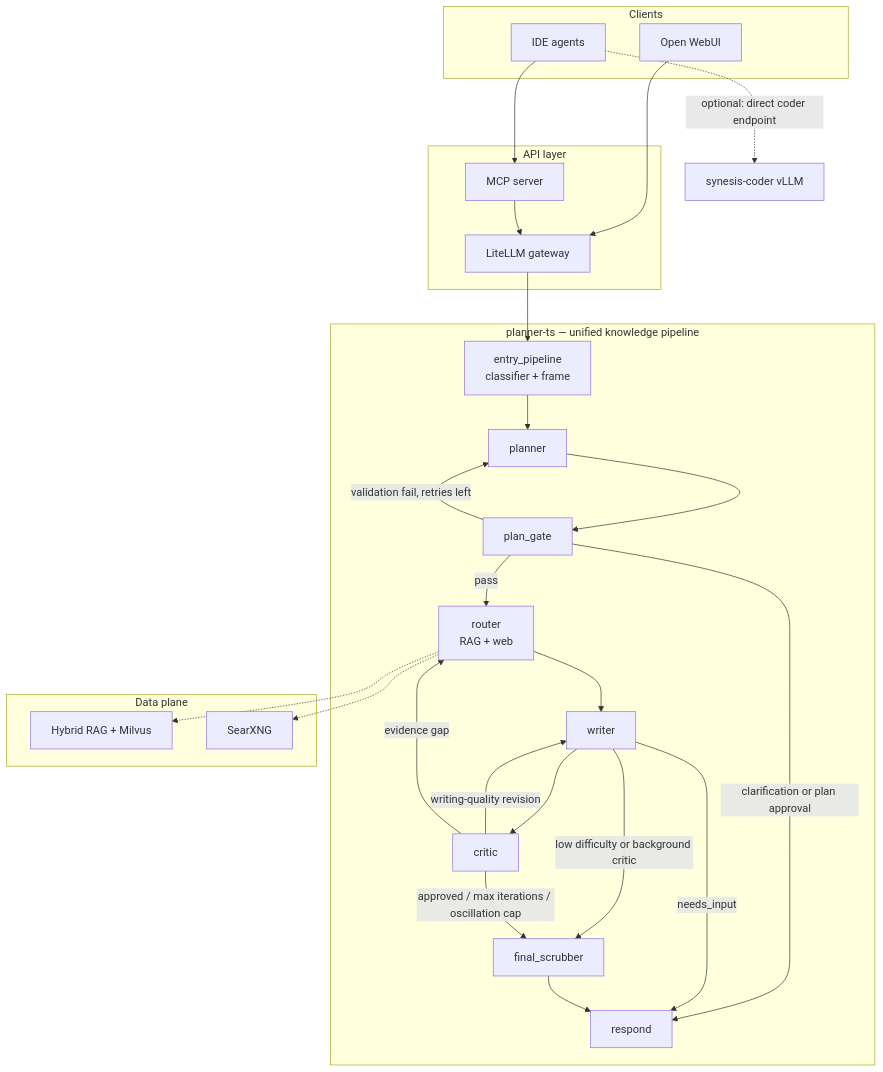
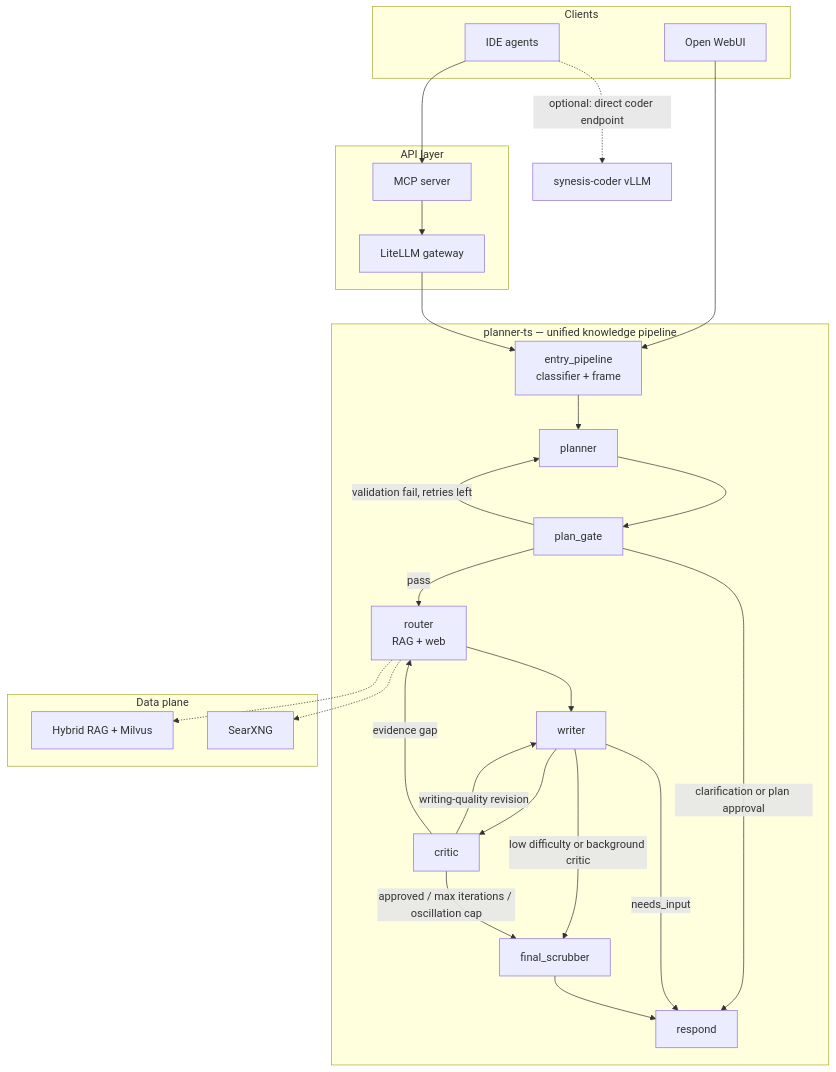
The diagram in README.md (supernovae/synesis), drawn with Mermaid before and after one commit. The commit also changed other lines of this file and 9 other files, not shown here.

````diff
--- a/README.md
+++ b/README.md
@@ -50,49 +50,49 @@
 ```mermaid
 flowchart TD
     subgraph clients [Clients]
         WebUI[Open WebUI]
         IDE[IDE agents]
     end
 
     subgraph gateway [API layer]
         LiteLLM[LiteLLM gateway]
         MCP[MCP server]
     end
 
     subgraph graph [planner-ts — unified knowledge pipeline]
         EP[entry_pipeline\nclassifier + frame]
         PL[planner]
         PG[plan_gate]
         RT[router\nRAG + web]
         WR[writer]
         CR[critic]
         FS[final_scrubber]
         RS[respond]
     end
 
     subgraph support [Data plane]
         RAG[Hybrid RAG + Milvus]
         WEB[SearXNG]
     end
 
-    WebUI --> LiteLLM
+    WebUI --> EP
     IDE --> MCP
     IDE -.->|optional: direct coder endpoint| CoderEP[synesis-coder vLLM]
     MCP --> LiteLLM
     LiteLLM --> EP
     EP --> PL --> PG
     PG -->|validation fail, retries left| PL
     PG -->|clarification or plan approval| RS
     PG -->|pass| RT
     RT --> WR
     WR -->|needs_input| RS
     WR -->|low difficulty or background critic| FS
     WR --> CR
     CR -->|writing-quality revision| WR
     CR -->|evidence gap| RT
     CR -->|approved / max iterations / oscillation cap| FS
     FS --> RS
 
     RT -.-> RAG
     RT -.-> WEB
 ```
````
